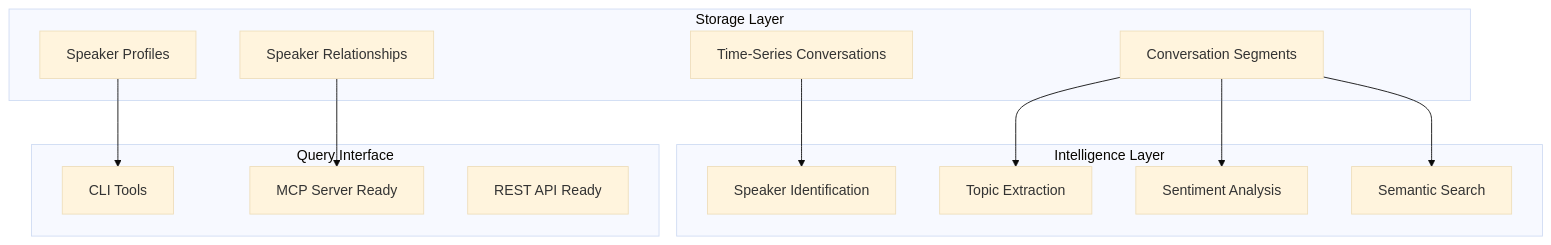
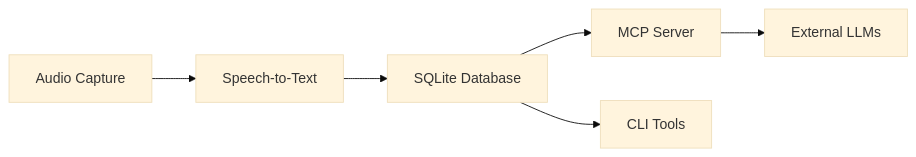
Before and after one commit to yeager620/savant-ai: the diagram in docs/README.md, drawn with Mermaid (base theme). The commit also changed other lines of this file and 4 other files, not shown here.

````diff
--- a/docs/README.md
+++ b/docs/README.md
@@ -48,29 +18,8 @@
 ```mermaid
-graph TB
-    subgraph "Storage Layer"
-        CONV[Time-Series Conversations]
-        SEG[Conversation Segments]
-        SPK[Speaker Profiles]
-        REL[Speaker Relationships]
-    end
-    
-    subgraph "Intelligence Layer"
-        SPEAKER_ID[Speaker Identification]
-        TOPIC[Topic Extraction]
-        SENTIMENT[Sentiment Analysis]
-        SEARCH[Semantic Search]
-    end
-    
-    subgraph "Query Interface"
-        CLI[CLI Tools]
-        MCP[MCP Server Ready]
-        API[REST API Ready]
-    end
-    
-    CONV --> SPEAKER_ID
-    SEG --> TOPIC
-    SEG --> SENTIMENT
-    SEG --> SEARCH
-    SPK --> CLI
-    REL --> MCP
+graph LR
+    Audio[Audio Capture] --> STT[Speech-to-Text] 
+    STT --> DB[SQLite Database]
+    DB --> MCP[MCP Server]
+    MCP --> LLM[External LLMs]
+    DB --> CLI[CLI Tools]
 ```
````
